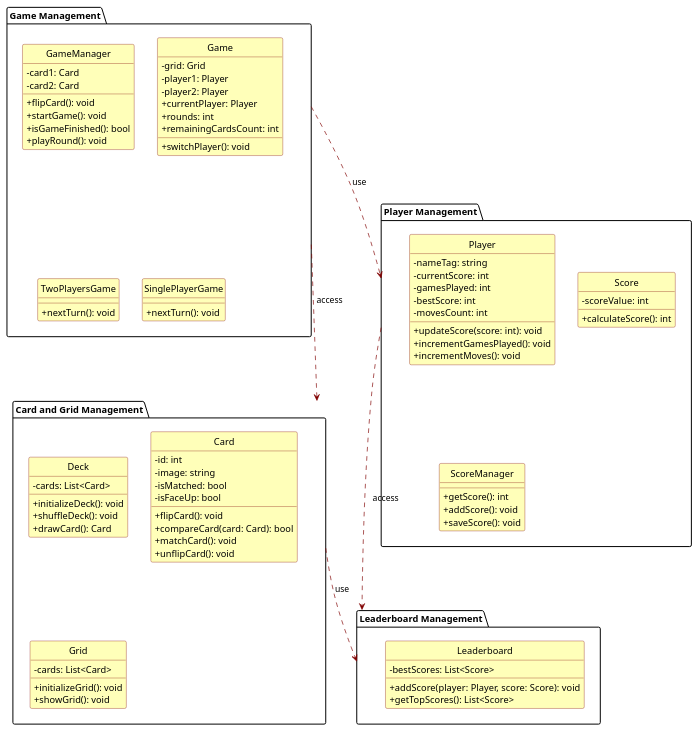
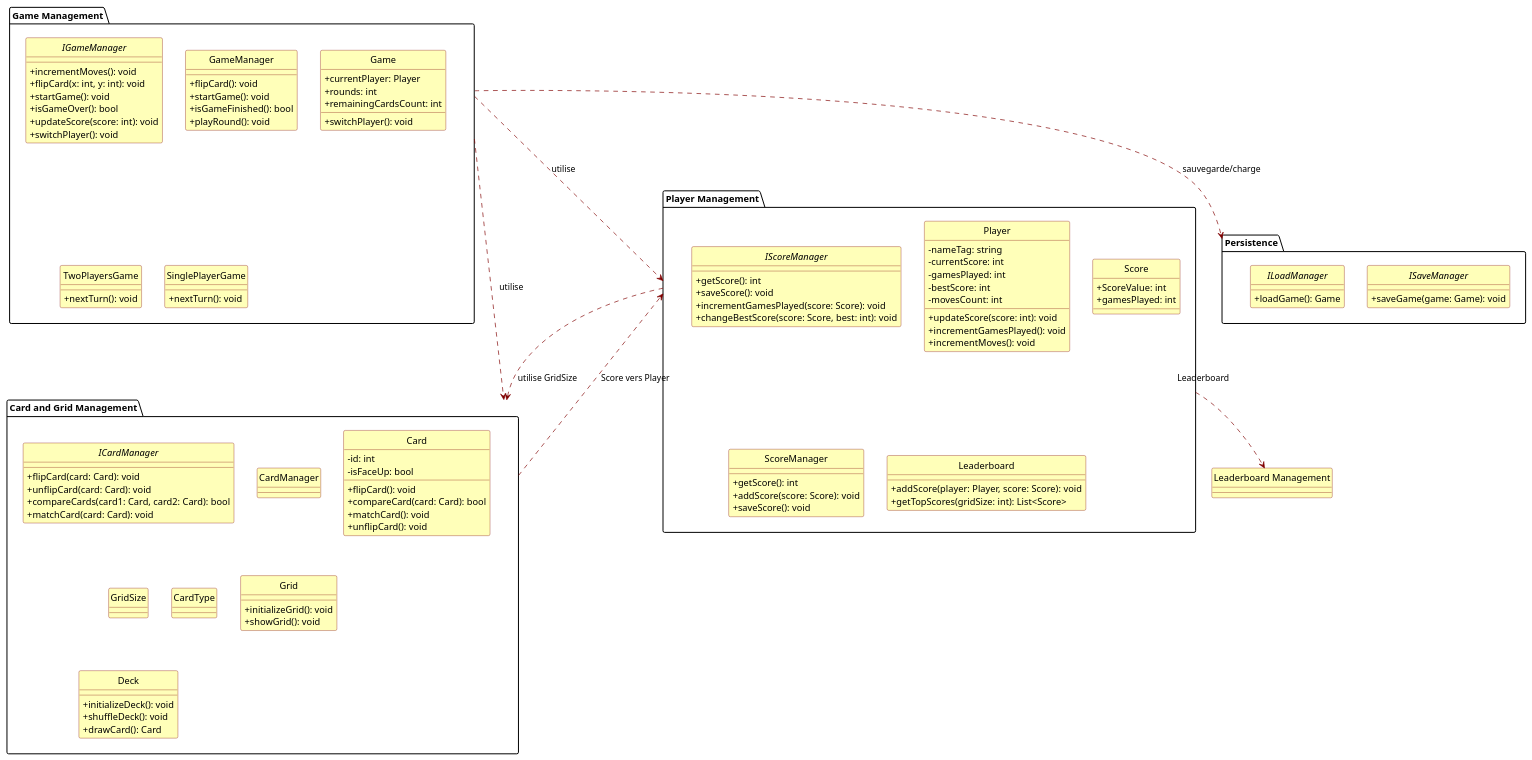
The diagram in src/Docs/Diagrammes/paquetage.md (PosiTr0n505/Game-Memory), drawn with PlantUML before and after one commit.

Commit message:
Mise à jour de 'src/Docs/Diagrammes/paquetage.md'

````diff
--- a/src/Docs/Diagrammes/paquetage.md
+++ b/src/Docs/Diagrammes/paquetage.md
@@ -1,4 +1,3 @@
-```plantuml
 @startuml
 hide circle
 allowmixing
@@ -10,9 +9,16 @@
 skinparam classFontName Tahoma
 
 package "Game Management" {
+    interface IGameManager {
+        +incrementMoves(): void
+        +flipCard(x: int, y: int): void
+        +startGame(): void
+        +isGameOver(): bool
+        +updateScore(score: int): void
+        +switchPlayer(): void
+    }
+
     class GameManager {
-        -card1: Card
-        -card2: Card
         +flipCard(): void
         +startGame(): void
         +isGameFinished(): bool
@@ -20,9 +26,6 @@
     }
 
     class Game {
-        -grid: Grid
-        -player1: Player
-        -player2: Player
         +currentPlayer: Player
         +rounds: int
         +remainingCardsCount: int
@@ -39,6 +42,13 @@
 }
 
 package "Player Management" {
+    interface IScoreManager {
+        +getScore(): int
+        +saveScore(): void
+        +incrementGamesPlayed(score: Score): void
+        +changeBestScore(score: Score, best: int): void
+    }
+
     class Player {
         -nameTag: string
         -currentScore: int
@@ -51,29 +61,35 @@
     }
 
     class Score {
-        -scoreValue: int
-        +calculateScore(): int
+        +ScoreValue: int
+        +gamesPlayed: int
     }
 
     class ScoreManager {
         +getScore(): int
-        +addScore(): void
+        +addScore(score: Score): void
         +saveScore(): void
+    }
+
+    class Leaderboard {
+        +addScore(player: Player, score: Score): void
+        +getTopScores(gridSize: int): List<Score>
     }
 }
 
 package "Card and Grid Management" {
-    class Deck {
-        -cards: List<Card>
-        +initializeDeck(): void
-        +shuffleDeck(): void
-        +drawCard(): Card
+    interface ICardManager {
+        +flipCard(card: Card): void
+        +unflipCard(card: Card): void
+        +compareCards(card1: Card, card2: Card): bool
+        +matchCard(card: Card): void
+    }
+
+    class CardManager {
     }
 
     class Card {
         -id: int
-        -image: string
-        -isMatched: bool
         -isFaceUp: bool
         +flipCard(): void
         +compareCard(card: Card): bool
@@ -81,27 +97,37 @@
         +unflipCard(): void
     }
 
+    enum GridSize
+    enum CardType
+
     class Grid {
-        -cards: List<Card>
         +initializeGrid(): void
         +showGrid(): void
     }
-}
 
-package "Leaderboard Management" {
-    class Leaderboard {
-        -bestScores: List<Score>
-        +addScore(player: Player, score: Score): void
-        +getTopScores(): List<Score>
+    class Deck {
+        +initializeDeck(): void
+        +shuffleDeck(): void
+        +drawCard(): Card
     }
 }
 
-' Relations entre les paquets
-"Game Management" ..> "Player Management" : use
-"Game Management" ..> "Card and Grid Management" : access
-"Card and Grid Management" ..> "Leaderboard Management" : use
-"Player Management" ..> "Leaderboard Management" : access
+package "Persistence" {
+    interface ISaveManager {
+        +saveGame(game: Game): void
+    }
+
+    interface ILoadManager {
+        +loadGame(): Game
+    }
+}
+
+' Dépendances entre paquets (conformes au diagramme de classes d'origine)
+"Game Management" ..> "Player Management" : utilise
+"Game Management" ..> "Card and Grid Management" : utilise
+"Game Management" ..> "Persistence" : sauvegarde/charge
+"Player Management" ..> "Card and Grid Management" : utilise GridSize
+"Card and Grid Management" ..> "Player Management" : Score vers Player
+"Player Management" ..> "Leaderboard Management" : Leaderboard
 
 @enduml
-
-```
````
